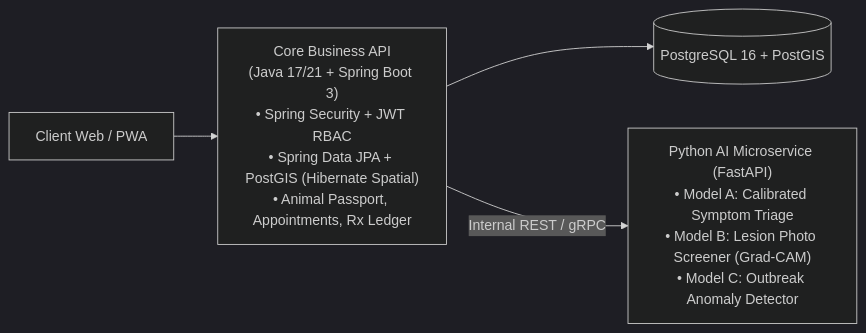
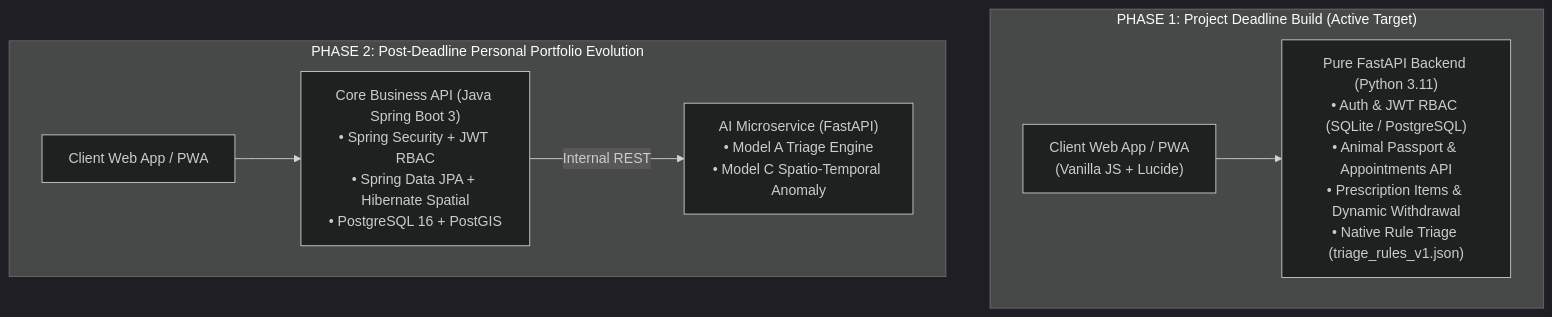
One commit to chetanbhagore/PashuSachet changed the second of 2 diagrams in BACKEND_ARCHITECTURE_PLAN.md. Above: the diagram before and after it, drawn with Mermaid (dark theme). The commit also changed other lines of this file and 3 other files, not shown here.

Commit message:
Update plan suite: Pure FastAPI for project deadline, Spring Boot 3 phased for portfolio

````diff
--- a/BACKEND_ARCHITECTURE_PLAN.md
+++ b/BACKEND_ARCHITECTURE_PLAN.md
@@ -527,8 +528,11 @@
 ```mermaid
-flowchart LR
-    Client["Client Web / PWA"] --> SpringBoot["Core Business API\n(Java 17/21 + Spring Boot 3)\n• Spring Security + JWT RBAC\n• Spring Data JPA + PostGIS (Hibernate Spatial)\n• Animal Passport, Appointments, Rx Ledger"]
-    
-    SpringBoot --> PG[("PostgreSQL 16 + PostGIS")]
-    
-    SpringBoot -->|Internal REST / gRPC| FastAPIML["Python AI Microservice (FastAPI)\n• Model A: Calibrated Symptom Triage\n• Model B: Lesion Photo Screener (Grad-CAM)\n• Model C: Outbreak Anomaly Detector"]
+flowchart TD
+    subgraph Phase1["PHASE 1: Project Deadline Build (Active Target)"]
+        ClientPWA["Client Web App / PWA\n(Vanilla JS + Lucide)"] --> PureFastAPI["Pure FastAPI Backend (Python 3.11)\n• Auth & JWT RBAC (SQLite / PostgreSQL)\n• Animal Passport & Appointments API\n• Prescription Items & Dynamic Withdrawal\n• Native Rule Triage (triage_rules_v1.json)"]
+    end
+
+    subgraph Phase2["PHASE 2: Post-Deadline Personal Portfolio Evolution"]
+        ClientPWA2["Client Web App / PWA"] --> SpringBoot["Core Business API (Java Spring Boot 3)\n• Spring Security + JWT RBAC\n• Spring Data JPA + Hibernate Spatial\n• PostgreSQL 16 + PostGIS"]
+        SpringBoot -->|Internal REST| FastAPIMicro["AI Microservice (FastAPI)\n• Model A Triage Engine\n• Model C Spatio-Temporal Anomaly"]
+    end
 ```
````
